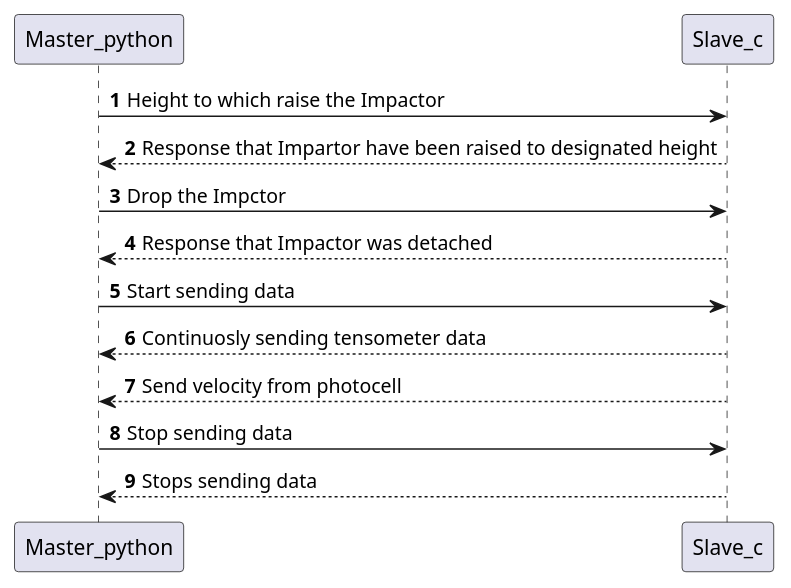
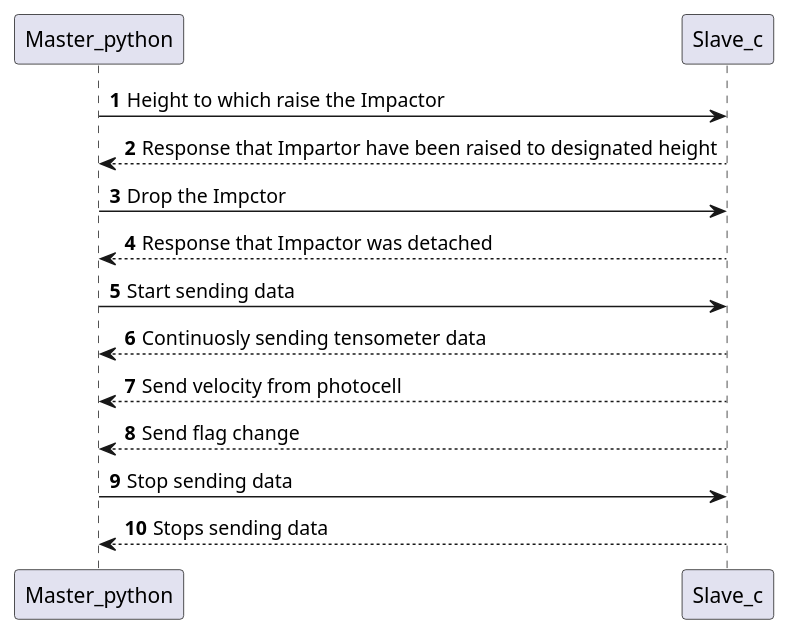
One commit to OlaffoJaszczur/Test_rig_for_impact changed the diagram in Master_slave.puml. Above: the diagram before and after it, drawn with PlantUML. The commit also changed 3 other files, not shown here.

```diff
--- a/Master_slave.puml
+++ b/Master_slave.puml
@@ -1,18 +1,19 @@
 @startuml
 'https://plantuml.com/sequence-diagram
 
 autonumber
 Master_python -> Slave_c: Height to which raise the Impactor
 Slave_c --> Master_python: Response that Impartor have been raised to designated height
 
 Master_python -> Slave_c: Drop the Impctor
 Slave_c --> Master_python: Response that Impactor was detached
 
 Master_python -> Slave_c: Start sending data
 Slave_c --> Master_python: Continuosly sending tensometer data
 
 Slave_c --> Master_python: Send velocity from photocell
+Slave_c --> Master_python: Send flag change
 
 Master_python -> Slave_c: Stop sending data
 Slave_c --> Master_python: Stops sending data
 @enduml
```
